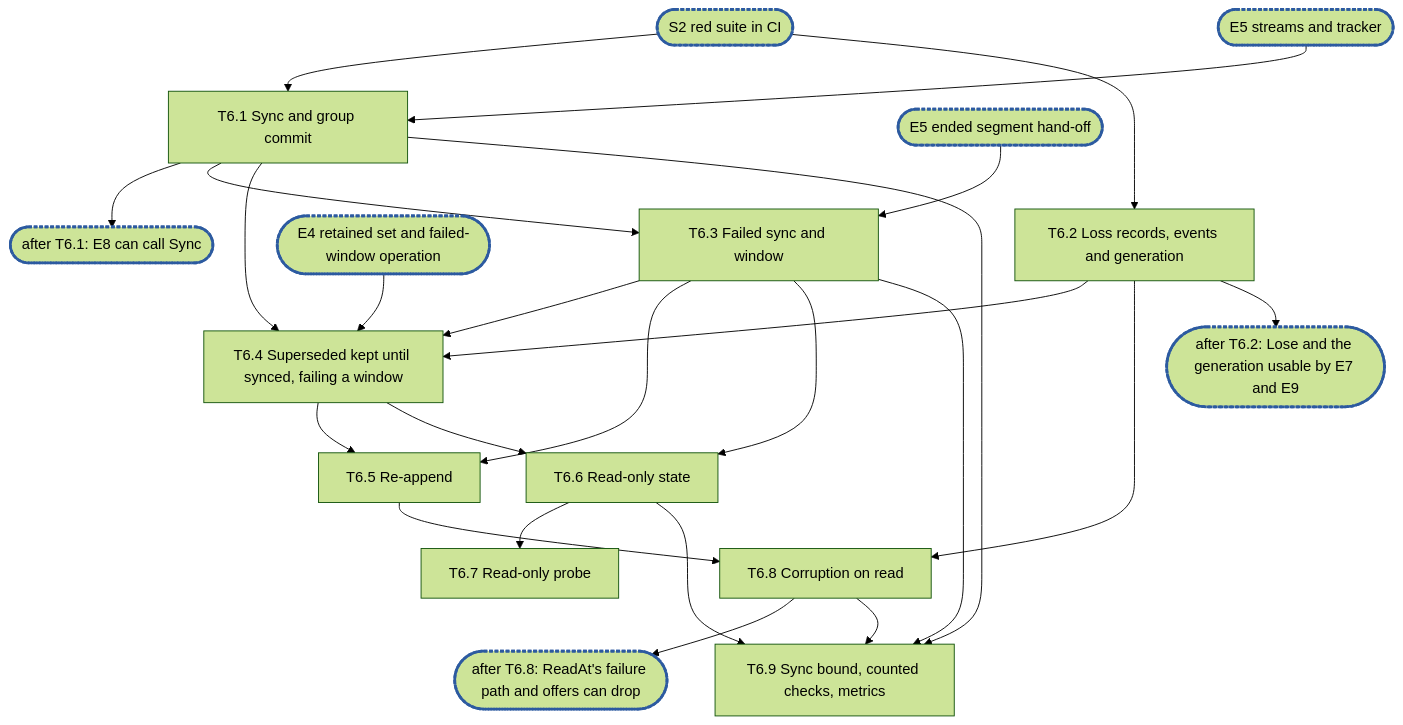
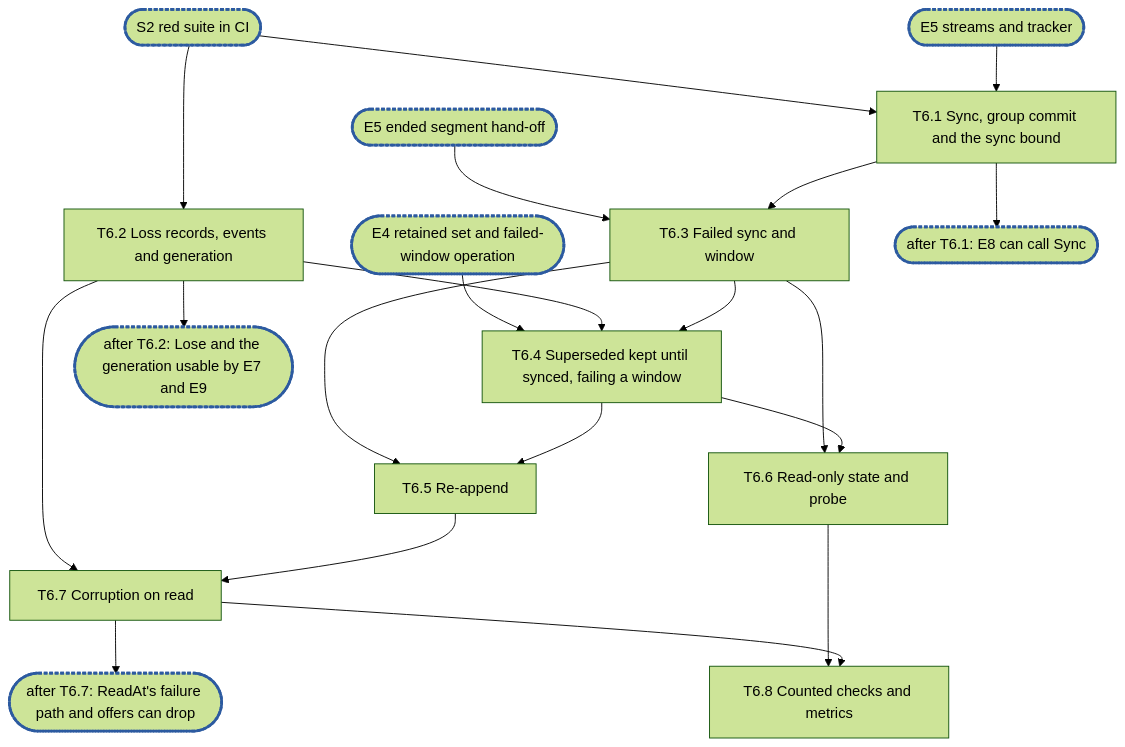
The diagram in docs/internals/planning/rfc-1-journal-epic6.md (marmos91/dittofs), drawn with Mermaid (forest theme) before and after one commit. The commit also changed other lines of this file and 1 other file, not shown here.

Commit message:
docs(planning): fold the sync bound into Sync, and the read-only probe into its state

````diff
--- a/docs/internals/planning/rfc-1-journal-epic6.md
+++ b/docs/internals/planning/rfc-1-journal-epic6.md
@@ -872,27 +870,23 @@
 ```mermaid
 flowchart TD
-  S2(["S2 red suite in CI"]):::sync --> T1["T6.1 Sync and group commit"]
+  S2(["S2 red suite in CI"]):::sync --> T1["T6.1 Sync, group commit and the sync bound"]
   S2 --> T2["T6.2 Loss records, events and generation"]
   E5s(["E5 streams and tracker"]):::sync --> T1
   E5e(["E5 ended segment hand-off"]):::sync --> T3
   E4r(["E4 retained set and failed-window operation"]):::sync --> T4
   T1 --> C1(["after T6.1: E8 can call Sync"]):::sync
   T1 --> T3["T6.3 Failed sync and window"]
-  T1 --> T4["T6.4 Superseded kept until synced, failing a window"]
-  T2 --> T4
+  T2 --> T4["T6.4 Superseded kept until synced, failing a window"]
   T3 --> T4
   T3 --> T5["T6.5 Re-append"]
   T4 --> T5
-  T3 --> T6["T6.6 Read-only state"]
+  T3 --> T6["T6.6 Read-only state and probe"]
   T4 --> T6
-  T6 --> T7["T6.7 Read-only probe"]
-  T2 --> T8["T6.8 Corruption on read"]
-  T5 --> T8
+  T2 --> T7["T6.7 Corruption on read"]
+  T5 --> T7
   T2 --> C2(["after T6.2: Lose and the generation usable by E7 and E9"]):::sync
-  T8 --> C3(["after T6.8: ReadAt's failure path and offers can drop"]):::sync
-  T1 --> T9["T6.9 Sync bound, counted checks, metrics"]
-  T3 --> T9
-  T6 --> T9
-  T8 --> T9
+  T7 --> C3(["after T6.7: ReadAt's failure path and offers can drop"]):::sync
+  T6 --> T8["T6.8 Counted checks and metrics"]
+  T7 --> T8
   classDef sync stroke:#2c5aa0,stroke-width:3px,stroke-dasharray:4 2
 ```
````
